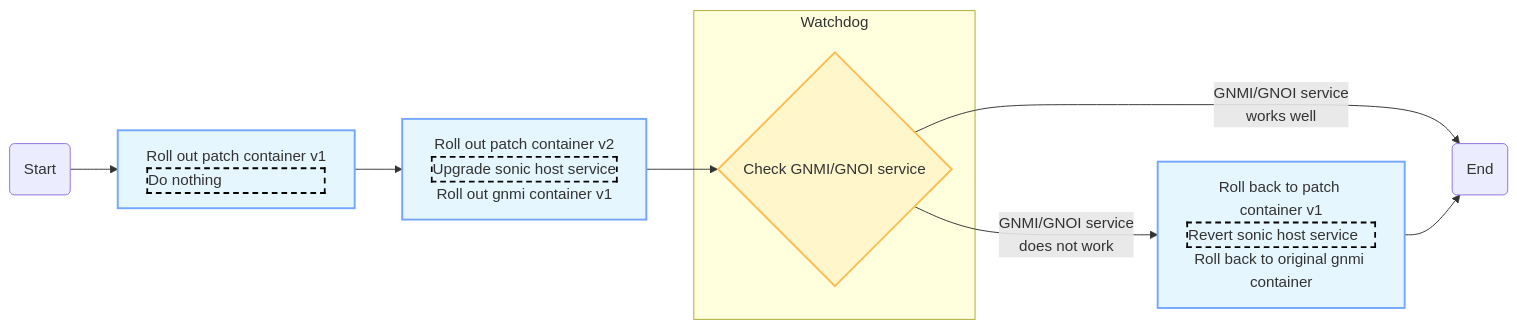
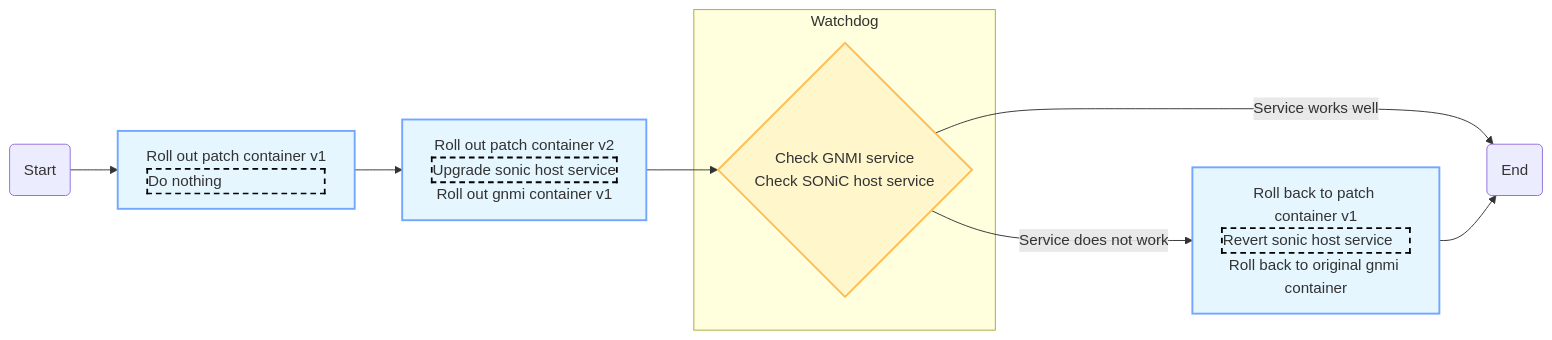
One commit to ganglyu/mermaid changed the diagram in upgrade_flowchart.md. Above: the diagram before and after it, drawn with Mermaid.

````diff
--- a/upgrade_flowchart.md
+++ b/upgrade_flowchart.md
@@ -1,17 +1,17 @@
 ```mermaid
 graph LR
     classDef process fill:#E5F6FF,stroke:#73A6FF,stroke-width:2px;
     classDef decision fill:#FFF6CC,stroke:#FFBC52,stroke-width:2px;
     RolloutInit[Roll out patch container v1<br><div style="margin-left:0px;border:2px dashed black;padding:0px;text-align:left;">Do nothing</div>]
     RolloutGeneric[Roll out patch container v2<br><div style="margin-left:0px;border:2px dashed black;padding:0px;text-align:left;">Upgrade sonic host service</div>Roll out gnmi container v1]
     RollbackGeneric[Roll back to patch container v1<br><div style="margin-left:0px;border:2px dashed black;padding:0px;text-align:left;">Revert sonic host service</div>Roll back to original gnmi container]
     subgraph Watchdog
-        WatchdogGNMI{Check GNMI/GNOI service}
+        WatchdogGNMI{Check GNMI service<br>Check SONiC host service}
     end
     Start(Start) --> RolloutInit:::process
     RolloutInit --> RolloutGeneric:::process
     RolloutGeneric --> WatchdogGNMI:::decision
-    WatchdogGNMI --> |GNMI/GNOI service<br>works well|End(End)
-    WatchdogGNMI --> |GNMI/GNOI service<br>does not work|RollbackGeneric:::process
+    WatchdogGNMI --> |Service works well|End(End)
+    WatchdogGNMI --> |Service does not work|RollbackGeneric:::process
     RollbackGeneric --> End
 ```
````
